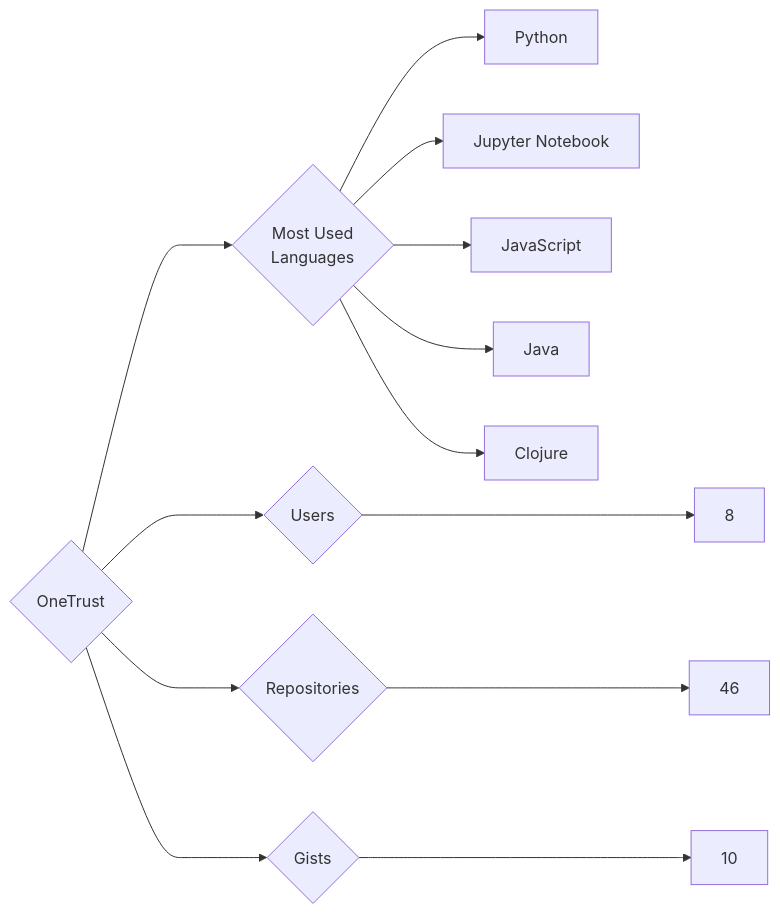
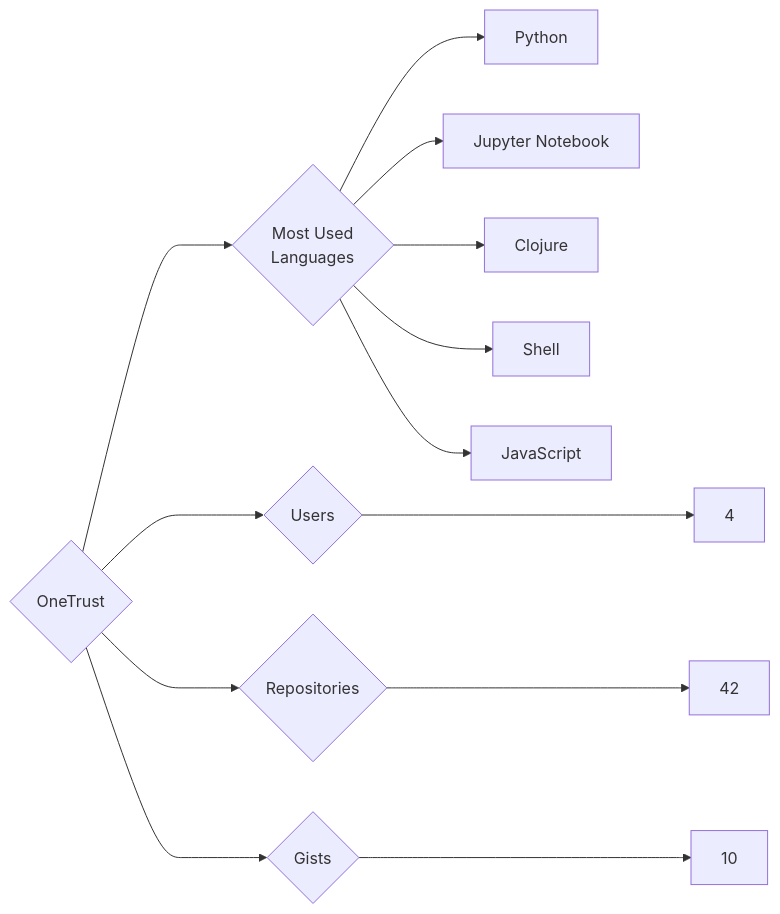
Before and after one commit to trickest/insiders: the diagram in targets/OneTrust/README.md, drawn with Mermaid. The commit also changed 1479 other files, not shown here.

````diff
--- a/targets/OneTrust/README.md
+++ b/targets/OneTrust/README.md
@@ -3,13 +3,13 @@
 ```mermaid
 graph LR
 COMPANY_NAME{OneTrust}
-COMPANY_NAME ---> U{Users} ---> UN[8]
-COMPANY_NAME ---> R{Repositories} ---> RN[46]
+COMPANY_NAME ---> U{Users} ---> UN[4]
+COMPANY_NAME ---> R{Repositories} ---> RN[42]
 COMPANY_NAME ---> G{Gists} ---> GN[10]
 COMPANY_NAME ---> ML{Most Used<br>Languages}
 ML --> Python[Python]
 ML --> Jupyter_Notebook[Jupyter Notebook]
+ML --> Clojure[Clojure]
+ML --> Shell[Shell]
 ML --> JavaScript[JavaScript]
-ML --> Java[Java]
-ML --> Clojure[Clojure]
 ```
````
